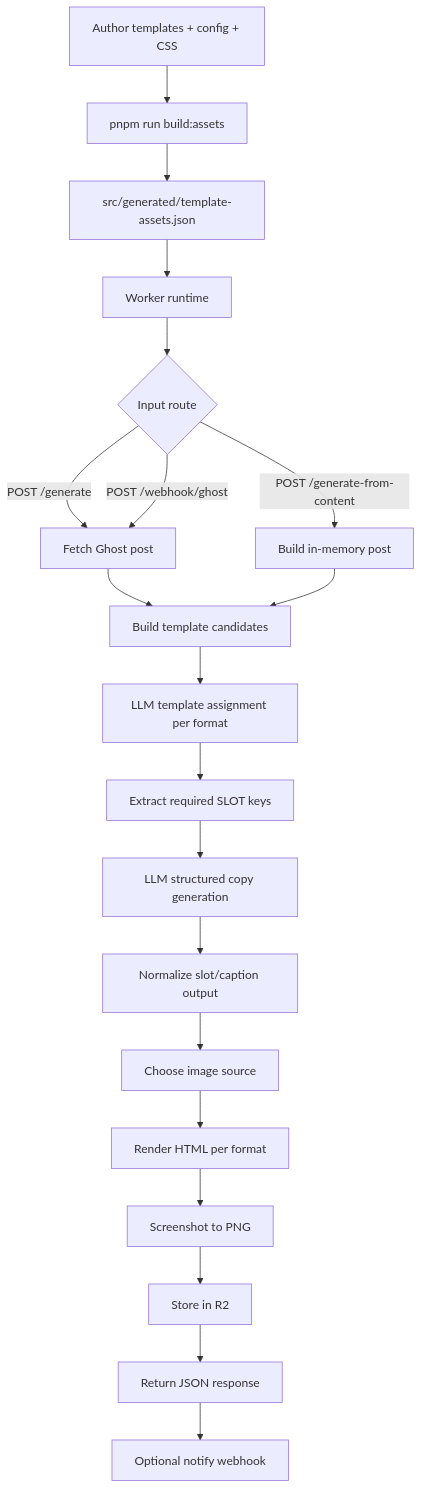
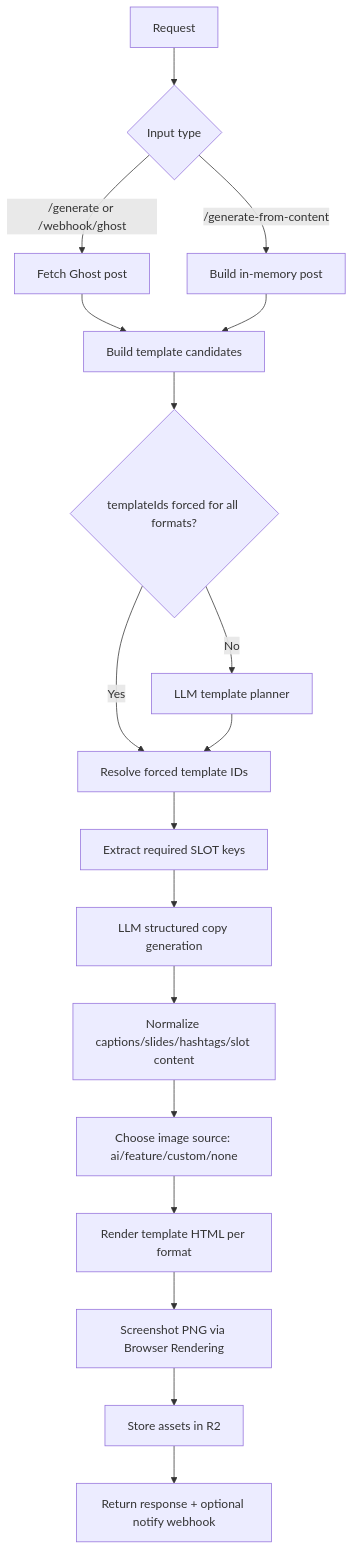
One commit to sapienskid/tasbir changed the second of 3 diagrams in docs/architecture.md. Above: the diagram before and after it, drawn with Mermaid. The commit also changed other lines of this file and 8 other files, not shown here.

````diff
--- a/docs/architecture.md
+++ b/docs/architecture.md
@@ -7,25 +42,20 @@
 ```mermaid
 flowchart TD
-    A[Author templates + config + CSS] --> B[pnpm run build:assets]
-    B --> C[src/generated/template-assets.json]
-    C --> D[Worker runtime]
-
-    D --> E{Input route}
-    E -->|POST /generate| F[Fetch Ghost post]
-    E -->|POST /generate-from-content| G[Build in-memory post]
-    E -->|POST /webhook/ghost| F
-
-    F --> H[Build template candidates]
+    A[Request] --> B{Input type}
+    B -->|/generate or /webhook/ghost| C[Fetch Ghost post]
+    B -->|/generate-from-content| D[Build in-memory post]
+    C --> E[Build template candidates]
+    D --> E
+    E --> F{templateIds forced for all formats?}
+    F -->|No| G[LLM template planner]
+    F -->|Yes| H[Resolve forced template IDs]
     G --> H
-
-    H --> I[LLM template assignment per format]
-    I --> J[Extract required SLOT keys]
-    J --> K[LLM structured copy generation]
-    K --> L[Normalize slot/caption output]
-    L --> M[Choose image source]
-    M --> N[Render HTML per format]
-    N --> O[Screenshot to PNG]
-    O --> P[Store in R2]
-    P --> Q[Return JSON response]
-    Q --> R[Optional notify webhook]
+    H --> I[Extract required SLOT keys]
+    I --> J[LLM structured copy generation]
+    J --> K[Normalize captions/slides/hashtags/slot content]
+    K --> L[Choose image source: ai/feature/custom/none]
+    L --> M[Render template HTML per format]
+    M --> N[Screenshot PNG via Browser Rendering]
+    N --> O[Store assets in R2]
+    O --> P[Return response + optional notify webhook]
 ```
````
